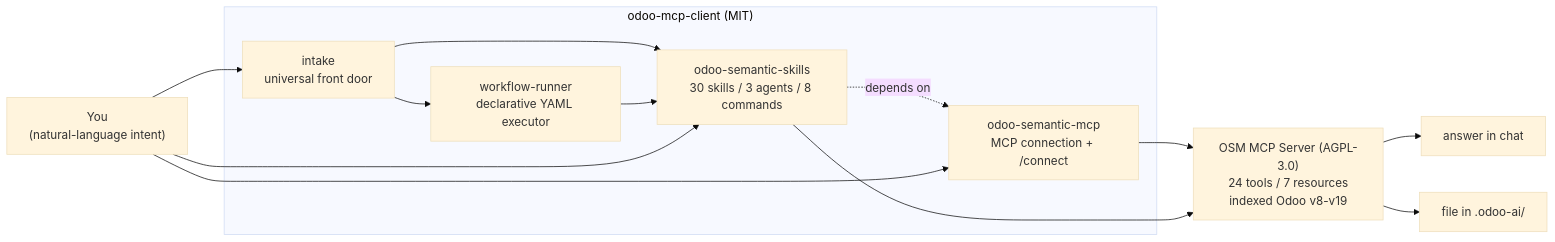
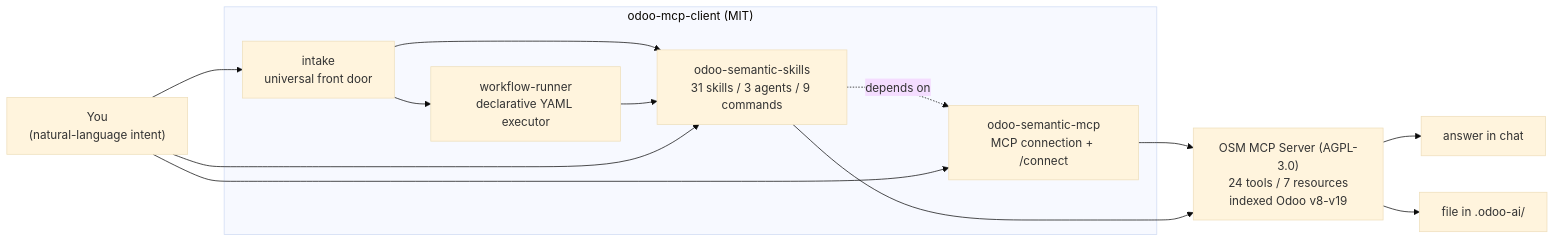
Before and after one commit to Viindoo/odoo-mcp-client: the first of 5 diagrams in README.md, drawn with Mermaid (base theme). The commit also changed other lines of this file and 13 other files, not shown here.

````diff
--- a/README.md
+++ b/README.md
@@ -13,28 +13,28 @@
 ```mermaid
 flowchart LR
     You["You<br/>(natural-language intent)"]
 
     subgraph client["odoo-mcp-client (MIT)"]
         intake["intake<br/>universal front door"]
         wfrunner["workflow-runner<br/>declarative YAML executor"]
-        skills["odoo-semantic-skills<br/>30 skills / 3 agents / 8 commands"]
+        skills["odoo-semantic-skills<br/>31 skills / 3 agents / 9 commands"]
         mcp["odoo-semantic-mcp<br/>MCP connection + /connect"]
         intake --> wfrunner
         intake --> skills
         wfrunner --> skills
         skills -."depends on".-> mcp
     end
 
     server["OSM MCP Server (AGPL-3.0)<br/>24 tools / 7 resources<br/>indexed Odoo v8-v19"]
 
     out1["answer in chat"]
     out2["file in .odoo-ai/"]
 
     You --> intake
     You --> skills
     You --> mcp
     mcp --> server
     skills --> server
     server --> out1
     server --> out2
 ```
````
